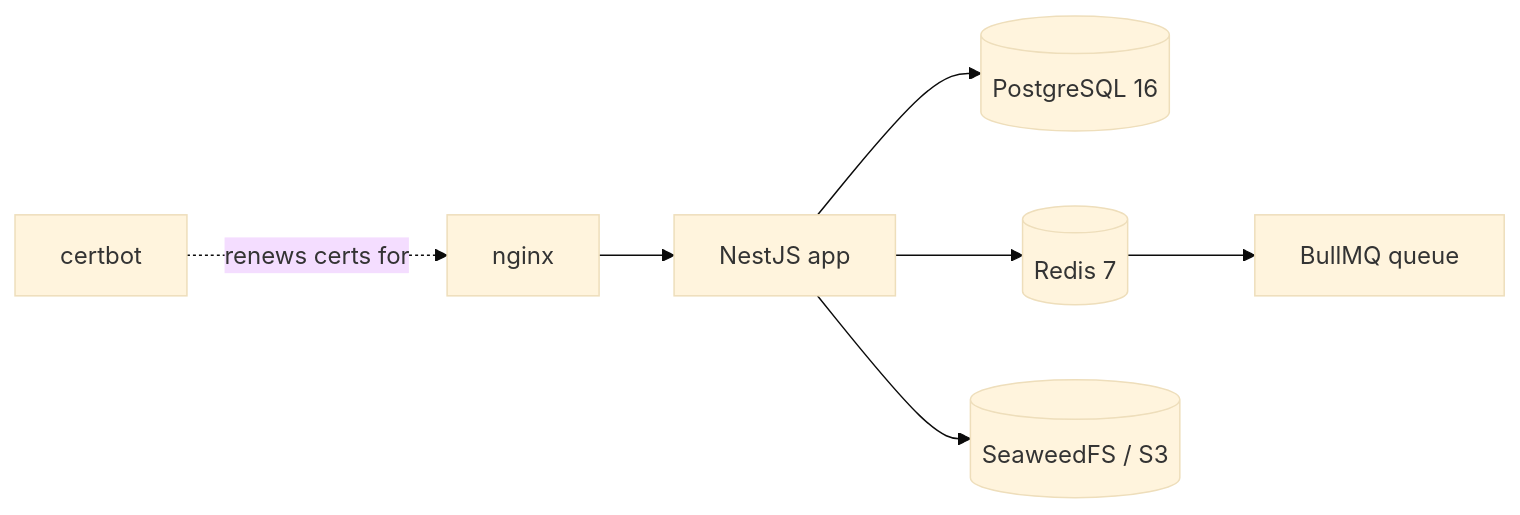
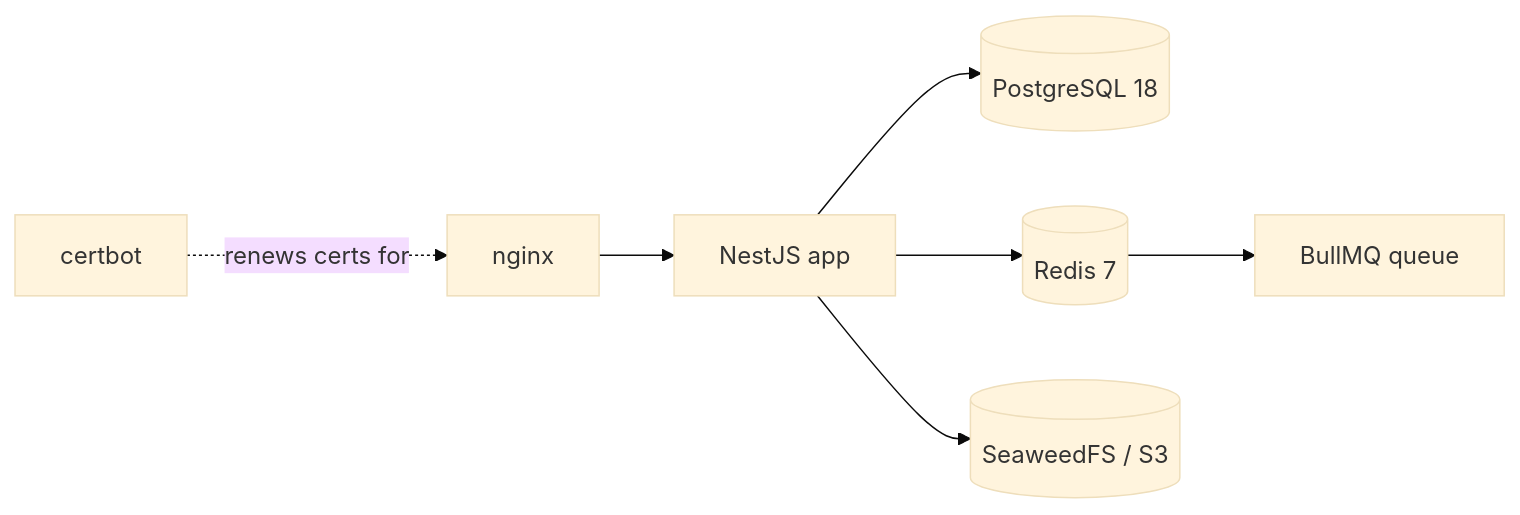
One commit to tareq89/biddaloy changed the second of 4 diagrams in docs/architecture/10-third-party-services.md. Above: the diagram before and after it, drawn with Mermaid (base theme). The commit also changed other lines of this file and 9 other files, not shown here.

````diff
--- a/docs/architecture/10-third-party-services.md
+++ b/docs/architecture/10-third-party-services.md
@@ -30,9 +30,9 @@
 ```mermaid
 flowchart LR
-    app[NestJS app] --> db[(PostgreSQL 16)]
+    app[NestJS app] --> db[(PostgreSQL 18)]
     app --> redis[(Redis 7)]
     app --> seaweedfs[(SeaweedFS / S3)]
     redis --> bullmq[BullMQ queue]
     nginx[nginx] --> app
     certbot[certbot] -.renews certs for.-> nginx
 ```
````
